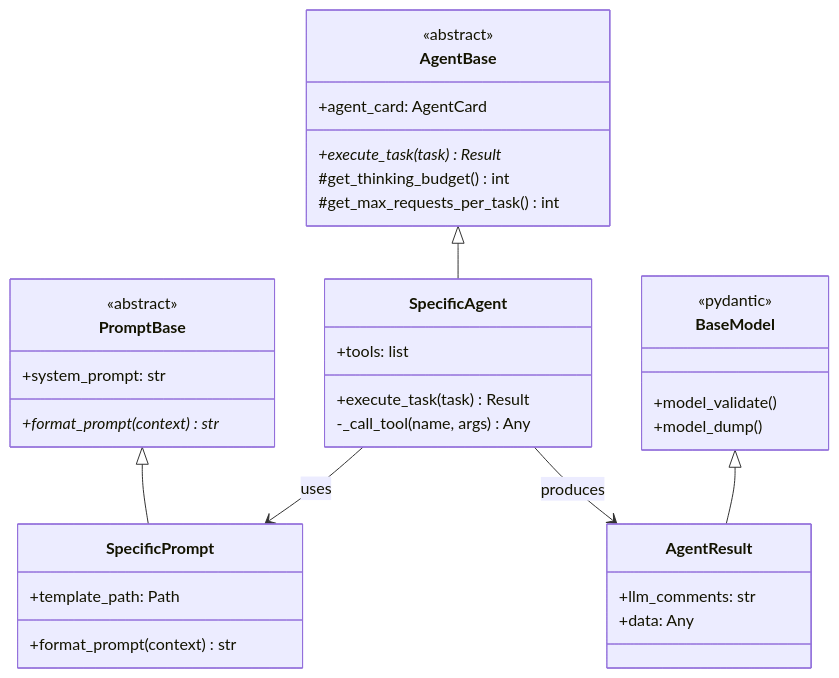
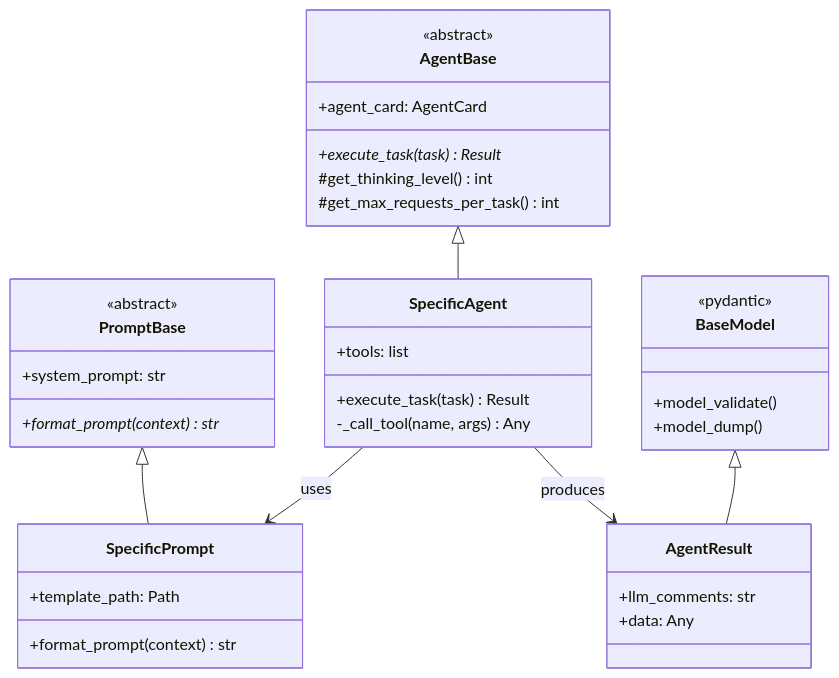
Before and after one commit to partarstu/agentic-qa-framework: the fifth of 7 diagrams in .agent/skills/software-architect/resources/diagram_templates.md, drawn with Mermaid. The commit also changed 23 other files, not shown here.

Commit message:
Modified thinking level

````diff
--- a/.agent/skills/software-architect/resources/diagram_templates.md
+++ b/.agent/skills/software-architect/resources/diagram_templates.md
@@ -165,44 +165,44 @@
 ```mermaid
 classDiagram
     class AgentBase {
         <<abstract>>
         +agent_card: AgentCard
         +execute_task(task)* Result
-        #get_thinking_budget() int
+        #get_thinking_level() int
         #get_max_requests_per_task() int
     }
     
     class PromptBase {
         <<abstract>>
         +system_prompt: str
         +format_prompt(context)* str
     }
     
     class SpecificAgent {
         +tools: list
         +execute_task(task) Result
         -_call_tool(name, args) Any
     }
     
     class SpecificPrompt {
         +template_path: Path
         +format_prompt(context) str
     }
     
     class BaseModel {
         <<pydantic>>
         +model_validate()
         +model_dump()
     }
     
     class AgentResult {
         +llm_comments: str
         +data: Any
     }
     
     AgentBase <|-- SpecificAgent
     PromptBase <|-- SpecificPrompt
     BaseModel <|-- AgentResult
     SpecificAgent --> SpecificPrompt : uses
     SpecificAgent --> AgentResult : produces
 ```
````
